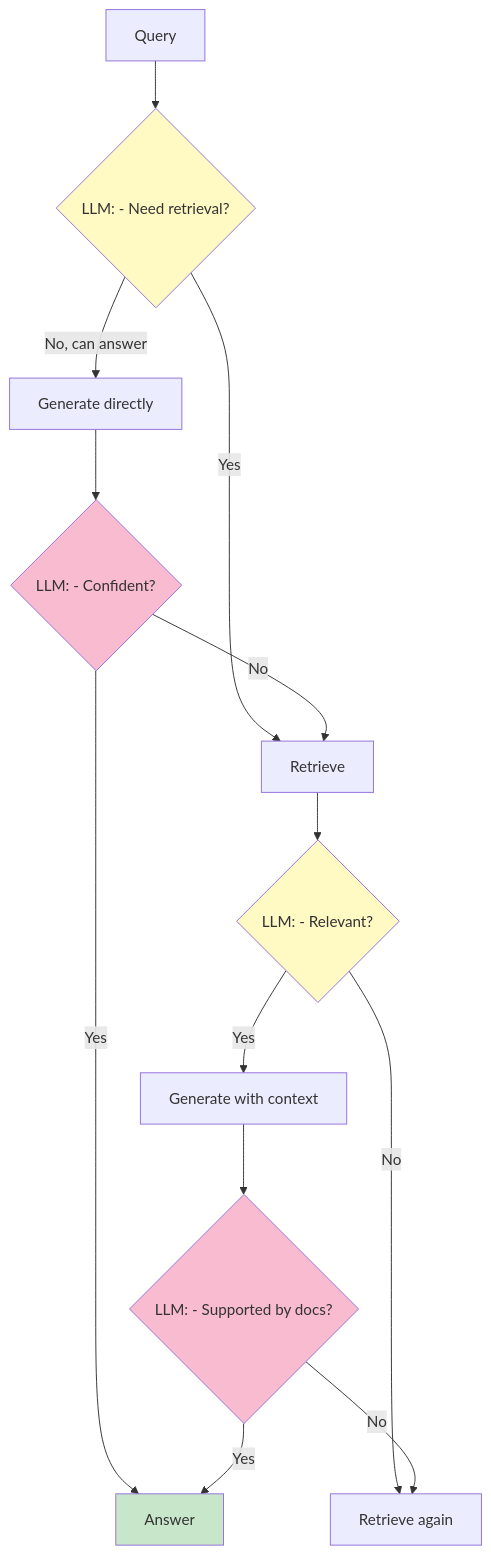
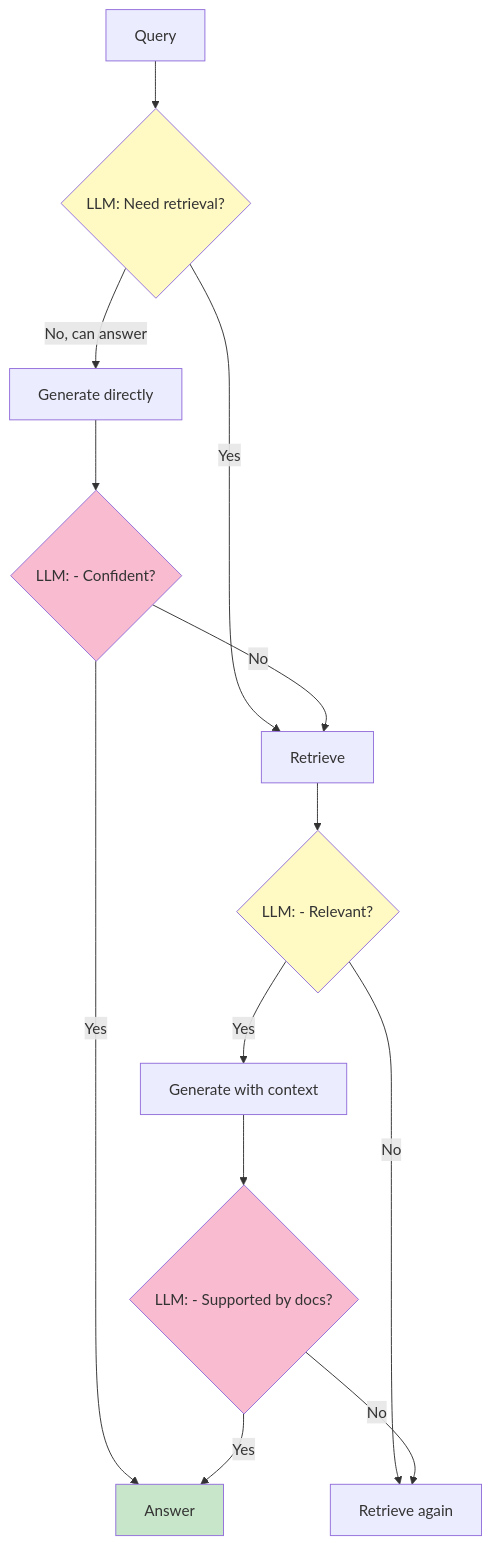
One commit to indhra/llm_rag_sec_findings changed the seventh of 10 diagrams in docs/learning/08-advanced-rag.md. Above: the diagram before and after it, drawn with Mermaid. The commit also changed other lines of this file and 9 other files, not shown here.

````diff
--- a/docs/learning/08-advanced-rag.md
+++ b/docs/learning/08-advanced-rag.md
@@ -308,25 +308,25 @@
 ```mermaid
 graph TB
-    Q[Query] --> D1{LLM: - Need retrieval?}
+    Q["Query"] --> D1{"LLM: Need retrieval?"}
     
     D1 -->|Yes| R[Retrieve]
     D1 -->|No, can answer| G1[Generate directly]
     
     R --> D2{LLM: - Relevant?}
     D2 -->|Yes| G2[Generate with context]
     D2 -->|No| R2[Retrieve again]
     
     G1 --> C1{LLM: - Confident?}
     G2 --> C2{LLM: - Supported by docs?}
     
     C1 -->|Yes| OUT[Answer]
     C1 -->|No| R
     C2 -->|Yes| OUT
     C2 -->|No| R2
     
     style D1 fill:#fff9c4
     style D2 fill:#fff9c4
     style C1 fill:#f8bbd0
     style C2 fill:#f8bbd0
     style OUT fill:#c8e6c9
 ```
````
